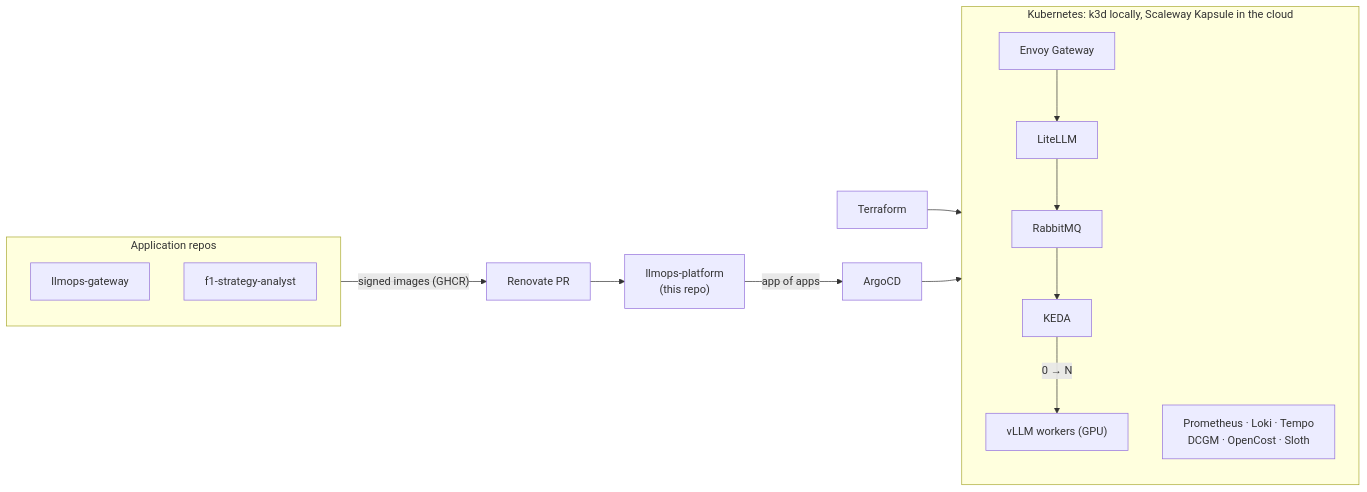
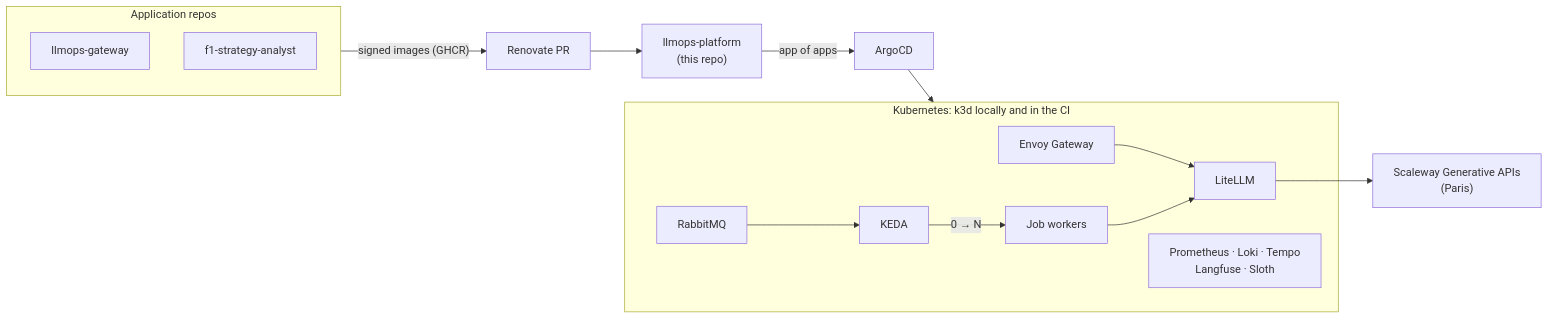
One commit to Mak5ens/llmops-platform changed the first of 2 diagrams in README.md. Above: the diagram before and after it, drawn with Mermaid. The commit also changed other lines of this file and 25 other files, not shown here.

````diff
--- a/README.md
+++ b/README.md
@@ -19,20 +19,20 @@
 ```mermaid
 flowchart LR
     subgraph apps["Application repos"]
         gw["llmops-gateway"]
         f1["f1-strategy-analyst"]
     end
     apps -- "signed images (GHCR)" --> renovate["Renovate PR"]
     renovate --> repo["llmops-platform<br/>(this repo)"]
-    tf["Terraform"] --> cluster
     repo -- "app of apps" --> argocd["ArgoCD"]
     argocd --> cluster
 
-    subgraph cluster["Kubernetes: k3d locally, Scaleway Kapsule in the cloud"]
+    subgraph cluster["Kubernetes: k3d locally and in the CI"]
         envoy["Envoy Gateway"] --> litellm["LiteLLM"]
-        litellm --> rabbit["RabbitMQ"]
-        rabbit --> keda["KEDA"]
-        keda -- "0 → N" --> vllm["vLLM workers (GPU)"]
-        obs["Prometheus · Loki · Tempo<br/>DCGM · OpenCost · Sloth"]
+        rabbit["RabbitMQ"] --> keda["KEDA"]
+        keda -- "0 → N" --> workers["Job workers"]
+        workers --> litellm
+        obs["Prometheus · Loki · Tempo<br/>Langfuse · Sloth"]
     end
+    litellm --> scw["Scaleway Generative APIs<br/>(Paris)"]
 ```
````
